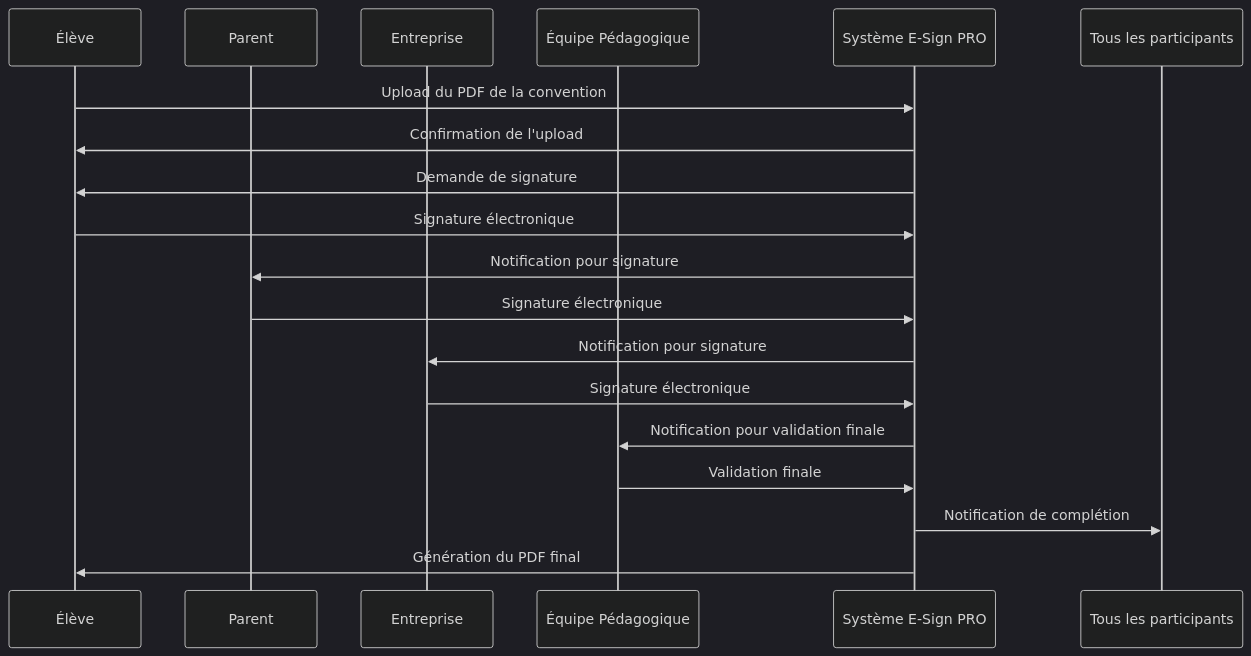
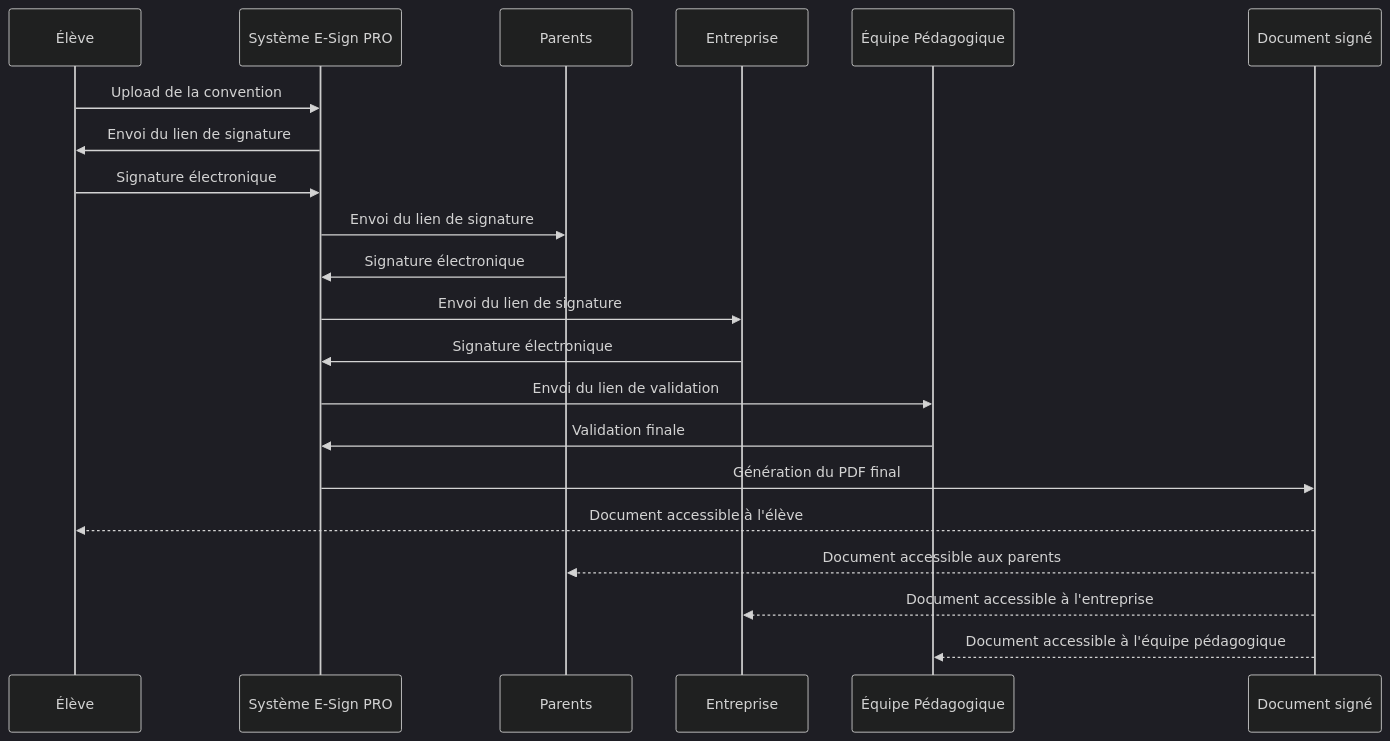
Before and after one commit to ZykeLaDebrouille/e-sign_pro: the first of 2 diagrams in HolbertonSchool/charte_de_projet.md, drawn with Mermaid (dark theme).

````diff
--- a/HolbertonSchool/charte_de_projet.md
+++ b/HolbertonSchool/charte_de_projet.md
@@ -127,21 +127,28 @@
 ```mermaid
 sequenceDiagram
-    participant Élève
-    participant Parent
-    participant Entreprise
-    participant Équipe Pédagogique
-    participant Système E-Sign PRO
+    participant A as Élève
+    participant B as Système E-Sign PRO
+    participant D as Parents
+    participant E as Entreprise
+    participant F as Équipe Pédagogique
+    participant G as Document signé
 
-    Élève ->> Système E-Sign PRO: Upload du PDF de la convention
-    Système E-Sign PRO ->> Élève: Confirmation de l'upload
-    Système E-Sign PRO ->> Élève: Demande de signature
-    Élève ->> Système E-Sign PRO: Signature électronique
-    Système E-Sign PRO ->> Parent: Notification pour signature
-    Parent ->> Système E-Sign PRO: Signature électronique
-    Système E-Sign PRO ->> Entreprise: Notification pour signature
-    Entreprise ->> Système E-Sign PRO: Signature électronique
-    Système E-Sign PRO ->> Équipe Pédagogique: Notification pour validation finale
-    Équipe Pédagogique ->> Système E-Sign PRO: Validation finale
-    Système E-Sign PRO ->> Tous les participants: Notification de complétion
-    Système E-Sign PRO ->> Élève: Génération du PDF final
+    A ->> B: Upload de la convention
+    B ->> A: Envoi du lien de signature
+    A ->> B: Signature électronique
+    
+    B ->> D: Envoi du lien de signature
+    D ->> B: Signature électronique
+    
+    B ->> E: Envoi du lien de signature
+    E ->> B: Signature électronique
+    
+    B ->> F: Envoi du lien de validation
+    F ->> B: Validation finale
+    
+    B ->> G: Génération du PDF final
+    G -->> A: Document accessible à l'élève
+    G -->> D: Document accessible aux parents
+    G -->> E: Document accessible à l'entreprise
+    G -->> F: Document accessible à l'équipe pédagogique
 ```
````
